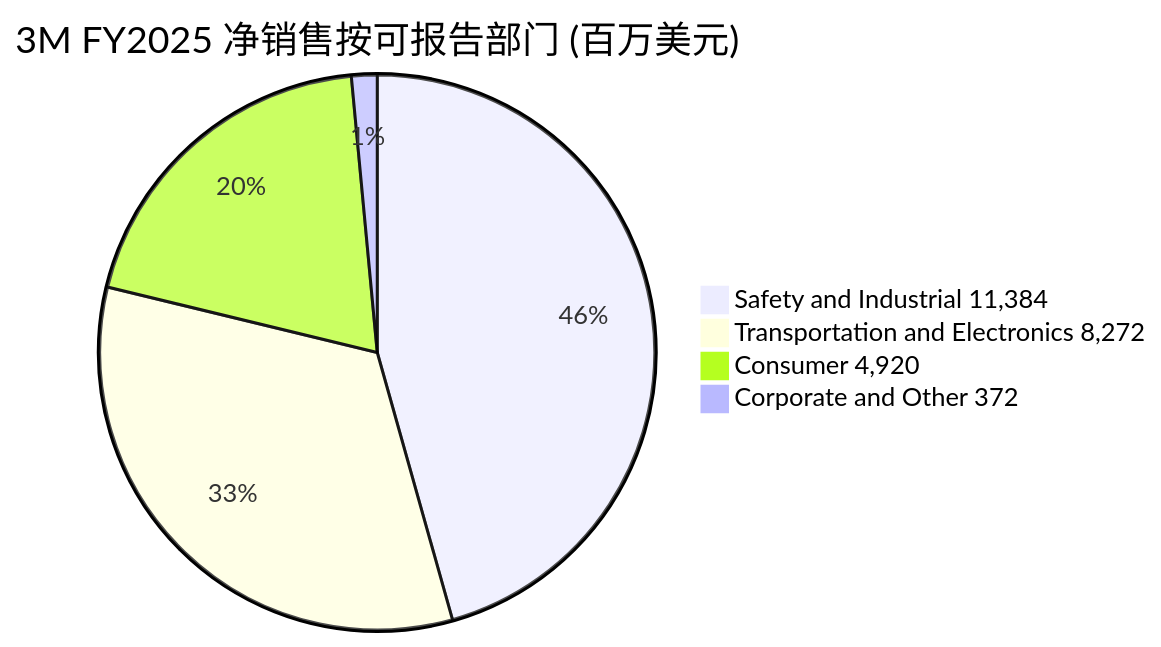
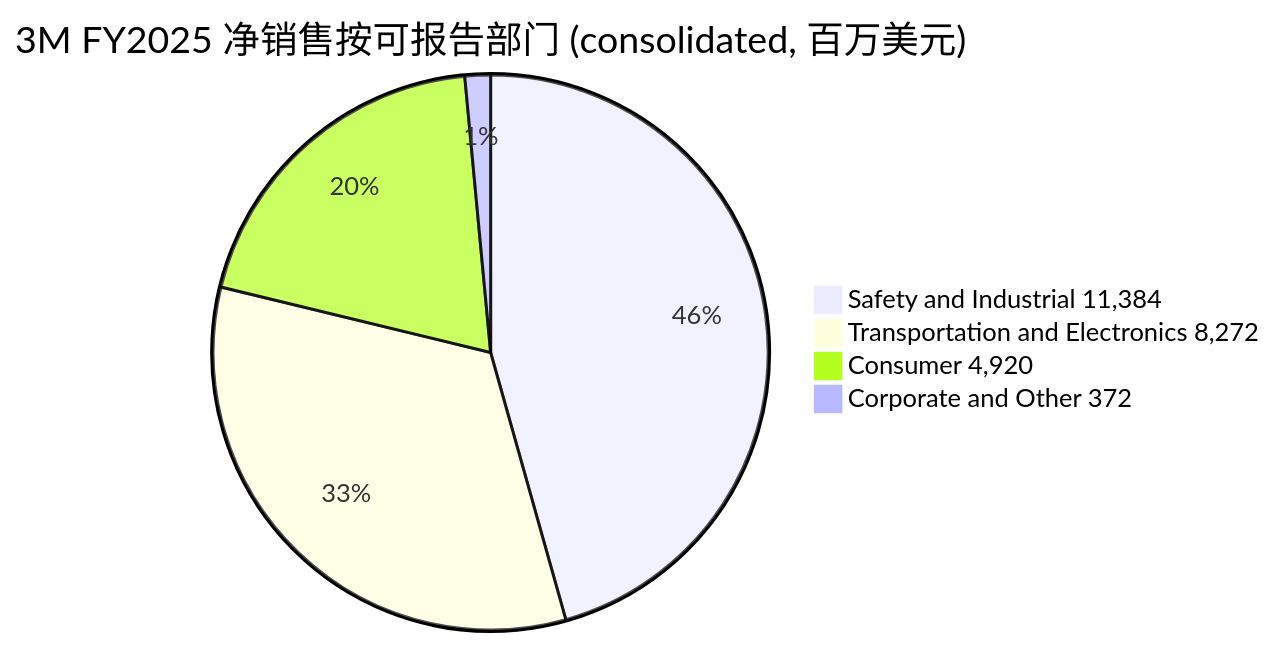
One commit to dadachundan/financial_agent changed the fourth of 4 diagrams in reports/company/3M_NYSE_MMM/3M_NYSE_MMM_公司研究.md. Above: the diagram before and after it, drawn with Mermaid. The commit also changed other lines of this file and 9 other files, not shown here.

Commit message:
feat(company-research): refresh 3M (MMM) to current spec — decision layer + 9 SVG charts

````diff
--- a/reports/company/3M_NYSE_MMM/3M_NYSE_MMM_公司研究.md
+++ b/reports/company/3M_NYSE_MMM/3M_NYSE_MMM_公司研究.md
@@ -260,7 +957,7 @@
 ```mermaid
-pie title 3M FY2025 净销售按可报告部门 (百万美元)
+pie title 3M FY2025 净销售按可报告部门 (consolidated, 百万美元)
     "Safety and Industrial 11,384" : 11384
     "Transportation and Electronics 8,272" : 8272
     "Consumer 4,920" : 4920
     "Corporate and Other 372" : 372
 ```
````
